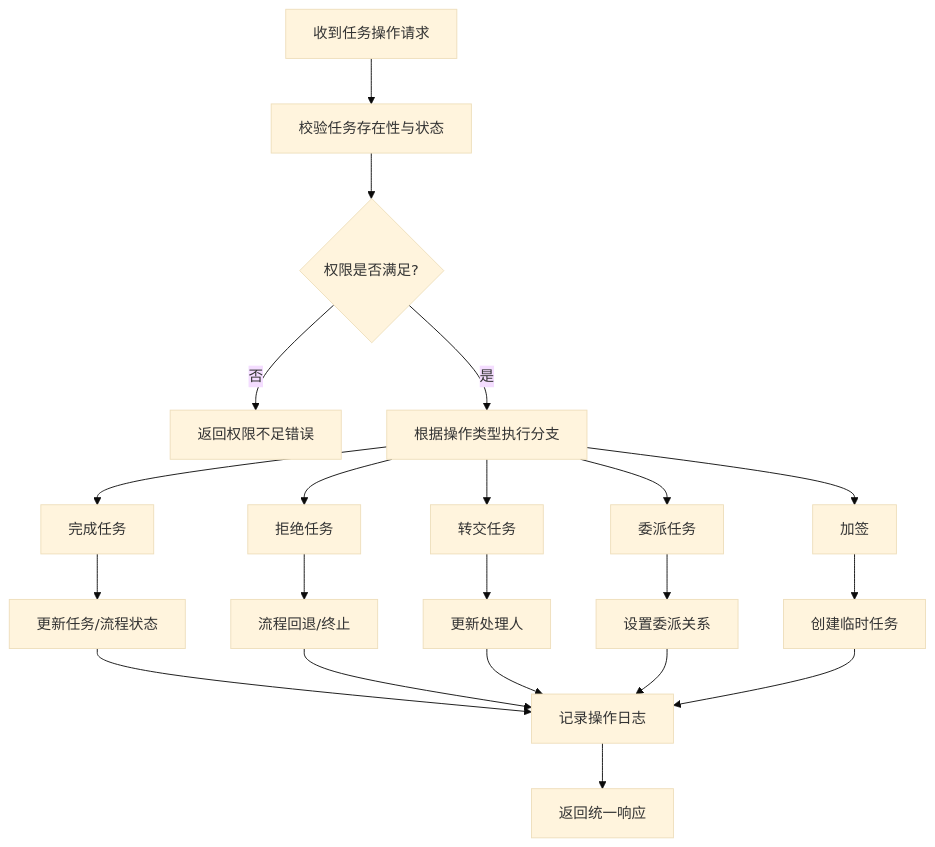
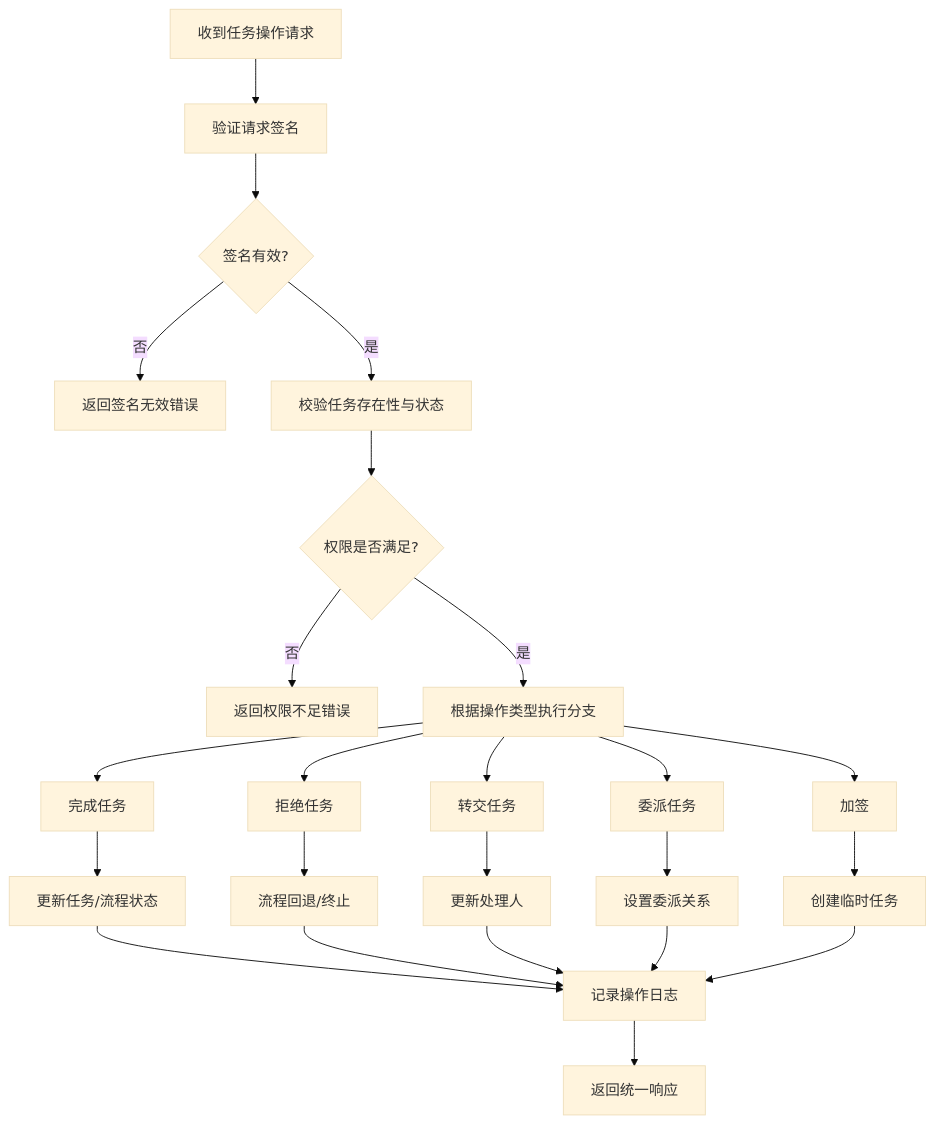
The seventh of 11 diagrams in .qoder/repowiki/zh/content/任务管理/任务操作处理/任务操作处理.md (liming-lihaini/workflow), drawn with Mermaid (base theme) before and after one commit. The commit also changed other lines of this file and 9 other files, not shown here.

````diff
--- a/.qoder/repowiki/zh/content/任务管理/任务操作处理/任务操作处理.md
+++ b/.qoder/repowiki/zh/content/任务管理/任务操作处理/任务操作处理.md
@@ -417,23 +444,26 @@
 ```mermaid
 flowchart TD
-A["收到任务操作请求"] --> B["校验任务存在性与状态"]
-B --> C{"权限是否满足?"}
-C --> |否| D["返回权限不足错误"]
-C --> |是| E["根据操作类型执行分支"]
-E --> F["完成任务"]
-E --> G["拒绝任务"]
-E --> H["转交任务"]
-E --> I["委派任务"]
-E --> J["加签"]
-F --> K["更新任务/流程状态"]
-G --> L["流程回退/终止"]
-H --> M["更新处理人"]
-I --> N["设置委派关系"]
-J --> O["创建临时任务"]
-K --> P["记录操作日志"]
-L --> P
-M --> P
-N --> P
-O --> P
-P --> Q["返回统一响应"]
+A["收到任务操作请求"] --> B["验证请求签名"]
+B --> C{"签名有效?"}
+C --> |否| D["返回签名无效错误"]
+C --> |是| E["校验任务存在性与状态"]
+E --> F{"权限是否满足?"}
+F --> |否| G["返回权限不足错误"]
+F --> |是| H["根据操作类型执行分支"]
+H --> I["完成任务"]
+H --> J["拒绝任务"]
+H --> K["转交任务"]
+H --> L["委派任务"]
+H --> M["加签"]
+I --> N["更新任务/流程状态"]
+J --> O["流程回退/终止"]
+K --> P["更新处理人"]
+L --> Q["设置委派关系"]
+M --> R["创建临时任务"]
+N --> S["记录操作日志"]
+O --> S
+P --> S
+Q --> S
+R --> S
+S --> T["返回统一响应"]
 ```
````
